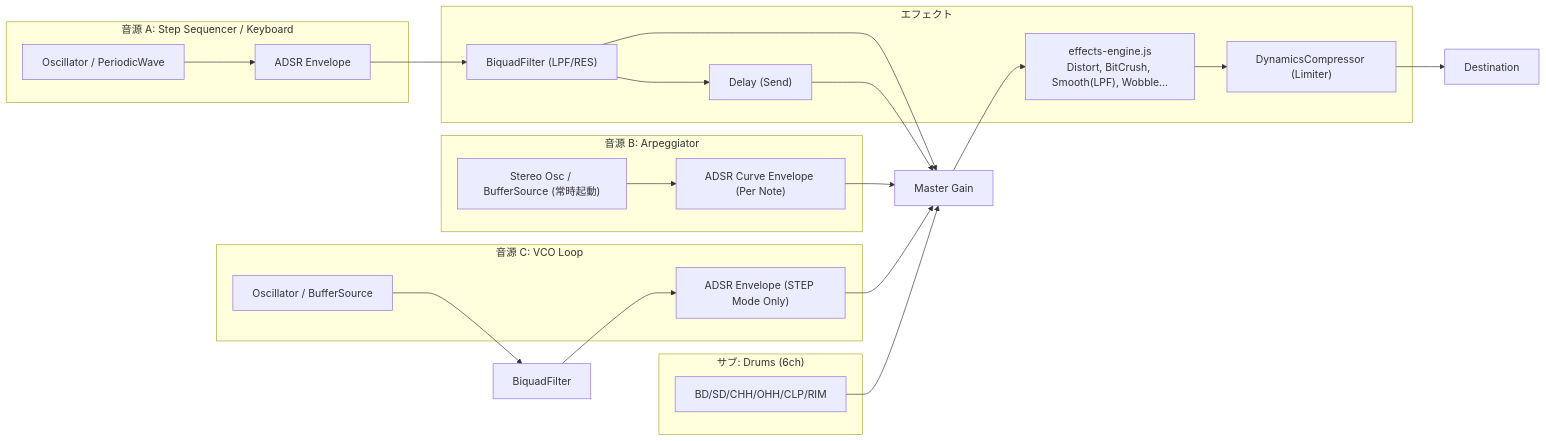
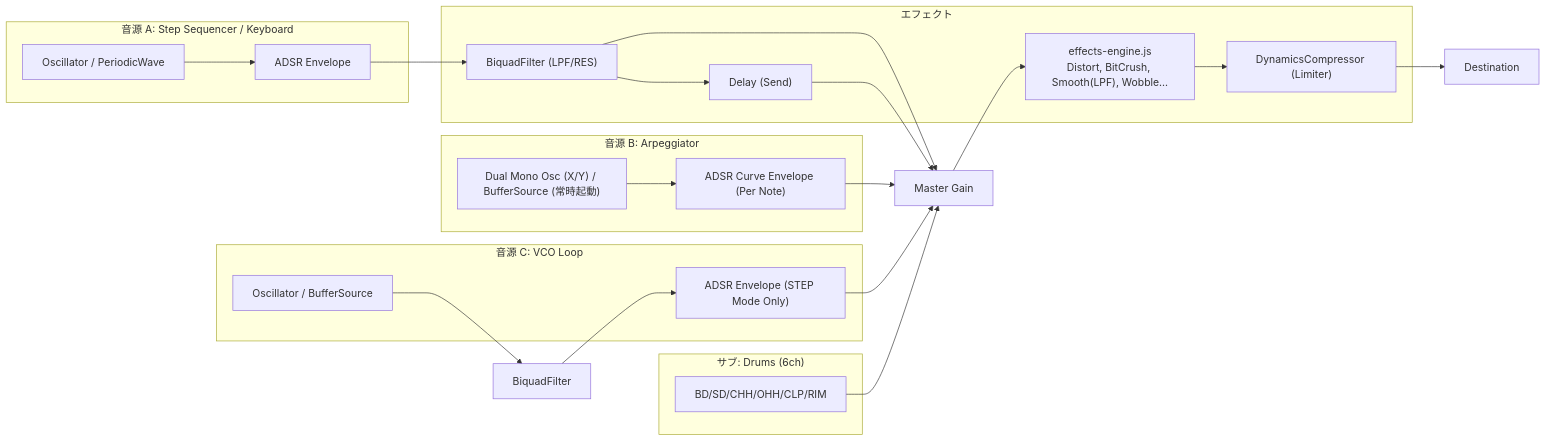
Before and after one commit to na-gasena/DrawingLissajousOscilloscopicSynthesizer-II-DLOSy-II: the second of 2 diagrams in Doc/architecture.md, drawn with Mermaid. The commit also changed other lines of this file and 2 other files, not shown here.

````diff
--- a/Doc/architecture.md
+++ b/Doc/architecture.md
@@ -131,40 +131,40 @@
 ```mermaid
 graph LR
     subgraph "音源 A: Step Sequencer / Keyboard"
         OSC_A["Oscillator / PeriodicWave"]
         ADSR_A["ADSR Envelope"]
     end
 
     subgraph "音源 B: Arpeggiator"
-        OSC_ARP["Stereo Osc / BufferSource (常時起動)"]
+        OSC_ARP["Dual Mono Osc (X/Y) / BufferSource (常時起動)"]
         ADSR_ARP["ADSR Curve Envelope (Per Note)"]
     end
 
     subgraph "音源 C: VCO Loop"
         OSC_VCO["Oscillator / BufferSource"]
         ADSR_VCO["ADSR Envelope (STEP Mode Only)"]
     end
 
     subgraph "サブ: Drums (6ch)"
         DRUMS["BD/SD/CHH/OHH/CLP/RIM"]
     end
 
     subgraph "エフェクト"
         FLT["BiquadFilter (LPF/RES)"]
         DLY_SEND["Delay (Send)"]
         MASTER_LIMIT["DynamicsCompressor (Limiter)"]
         FX_CHAIN["effects-engine.js<br/>Distort, BitCrush, Smooth(LPF), Wobble..."]
     end
 
     MASTER["Master Gain"]
     OUT["Destination"]
 
     OSC_A --> ADSR_A --> FLT
     OSC_ARP --> ADSR_ARP --> MASTER
     OSC_VCO --> FLT_VCO["BiquadFilter"] --> ADSR_VCO --> MASTER
     DRUMS --> MASTER
 
     FLT --> MASTER
     FLT --> DLY_SEND --> MASTER
     MASTER --> FX_CHAIN --> MASTER_LIMIT --> OUT
 ```
````
